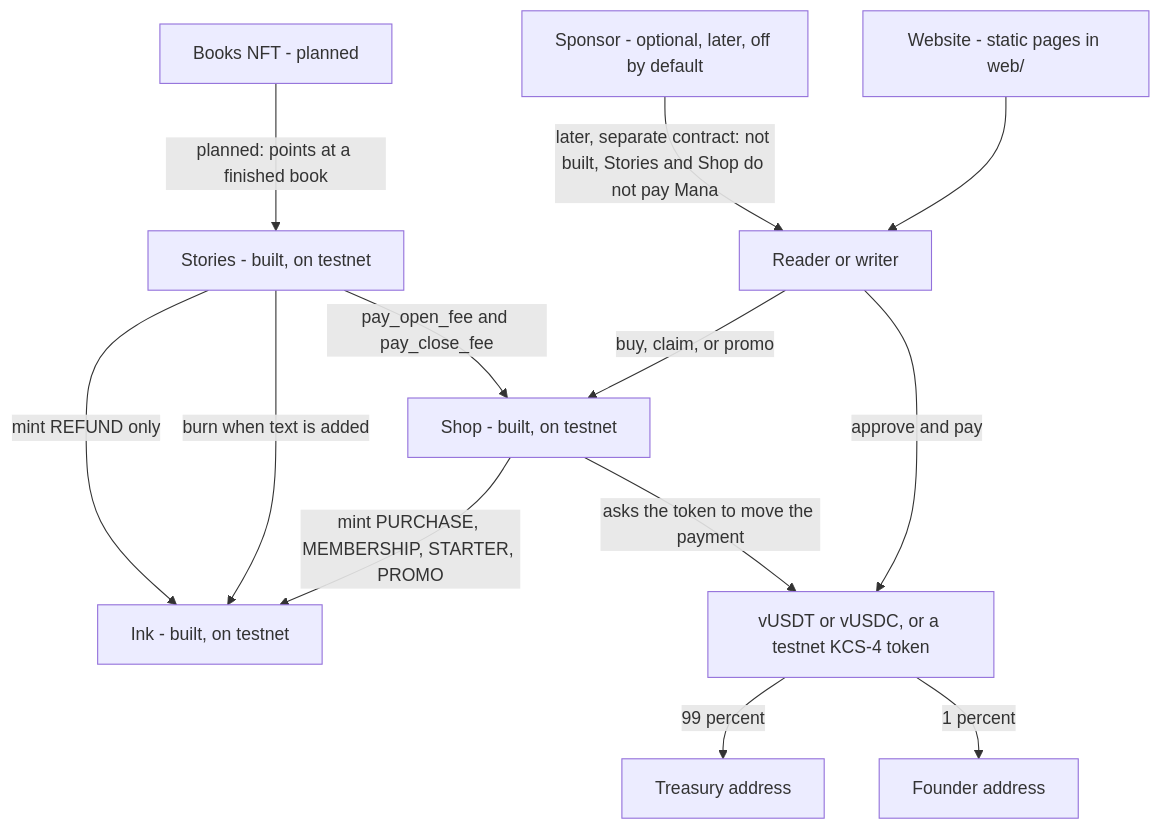
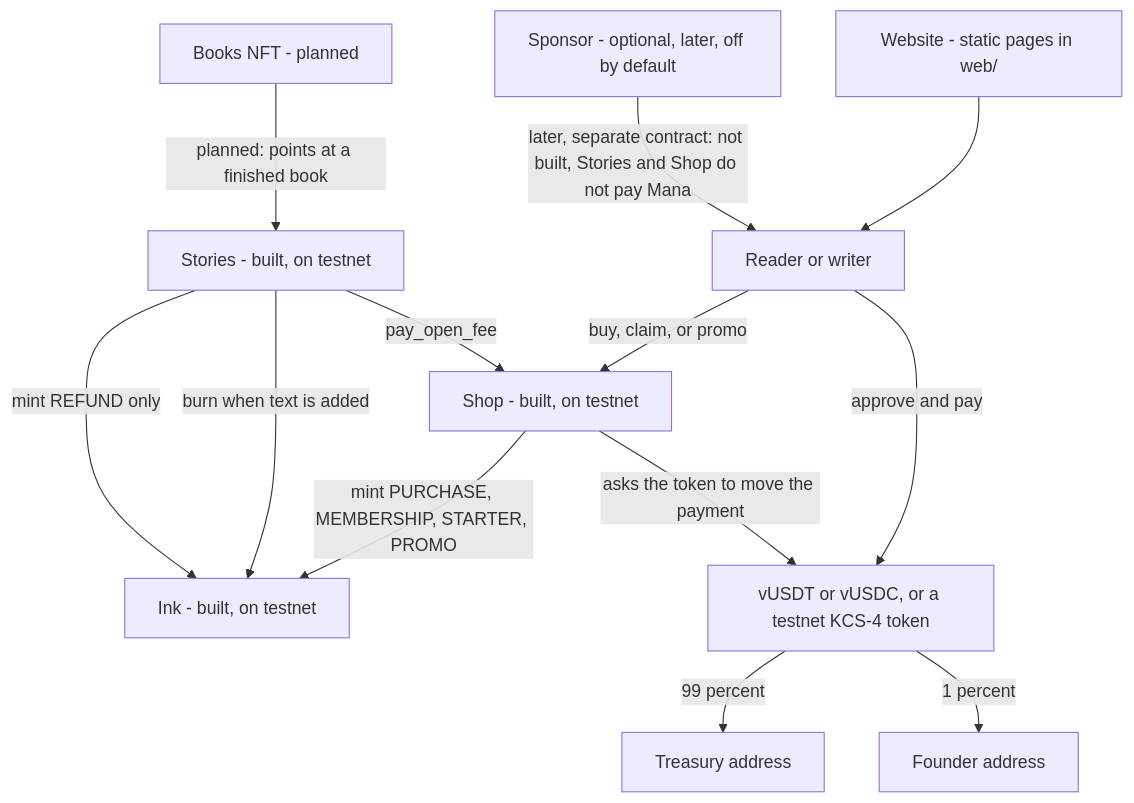
Before and after one commit to bawcejawn/Swarmtales: the diagram in README.md, drawn with Mermaid. The commit also changed other lines of this file and 13 other files, not shown here.

First line of the commit message:
Docs: ADMIN_POWERS, STORIES_DESIGN rewritten to match the code; key custody (release hashes, multisig flow, checker secrets, branch protection); checker, UI and READMEs updated; old in-place testnet upgrade guides removed

````diff
--- a/README.md
+++ b/README.md
@@ -82,26 +82,26 @@
 ```mermaid
 flowchart TD
   person[Reader or writer]
   site[Website - static pages in web/]
   shop[Shop - built, on testnet]
   ink[Ink - built, on testnet]
   stories[Stories - built, on testnet]
   sponsor[Sponsor - optional, later, off by default]
   nft[Books NFT - planned]
   token[vUSDT or vUSDC, or a testnet KCS-4 token]
   treasury[Treasury address]
   founder[Founder address]
 
   site --> person
   person -->|approve and pay| token
   person -->|buy, claim, or promo| shop
   token -->|99 percent| treasury
   token -->|1 percent| founder
   shop -->|asks the token to move the payment| token
   shop -->|mint PURCHASE, MEMBERSHIP, STARTER, PROMO| ink
-  stories -->|pay_open_fee and pay_close_fee| shop
+  stories -->|pay_open_fee| shop
   stories -->|burn when text is added| ink
   stories -->|mint REFUND only| ink
   nft -->|planned: points at a finished book| stories
   sponsor -->|later, separate contract: not built, Stories and Shop do not pay Mana| person
 ```
````
